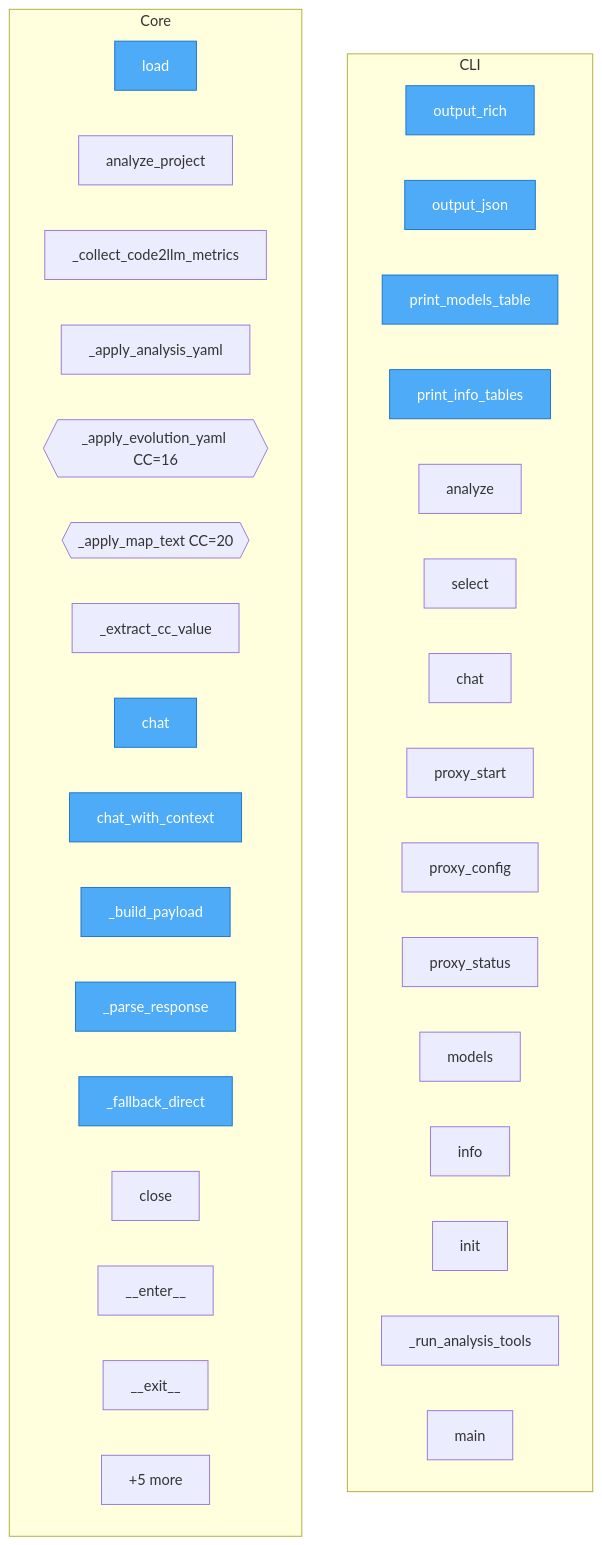
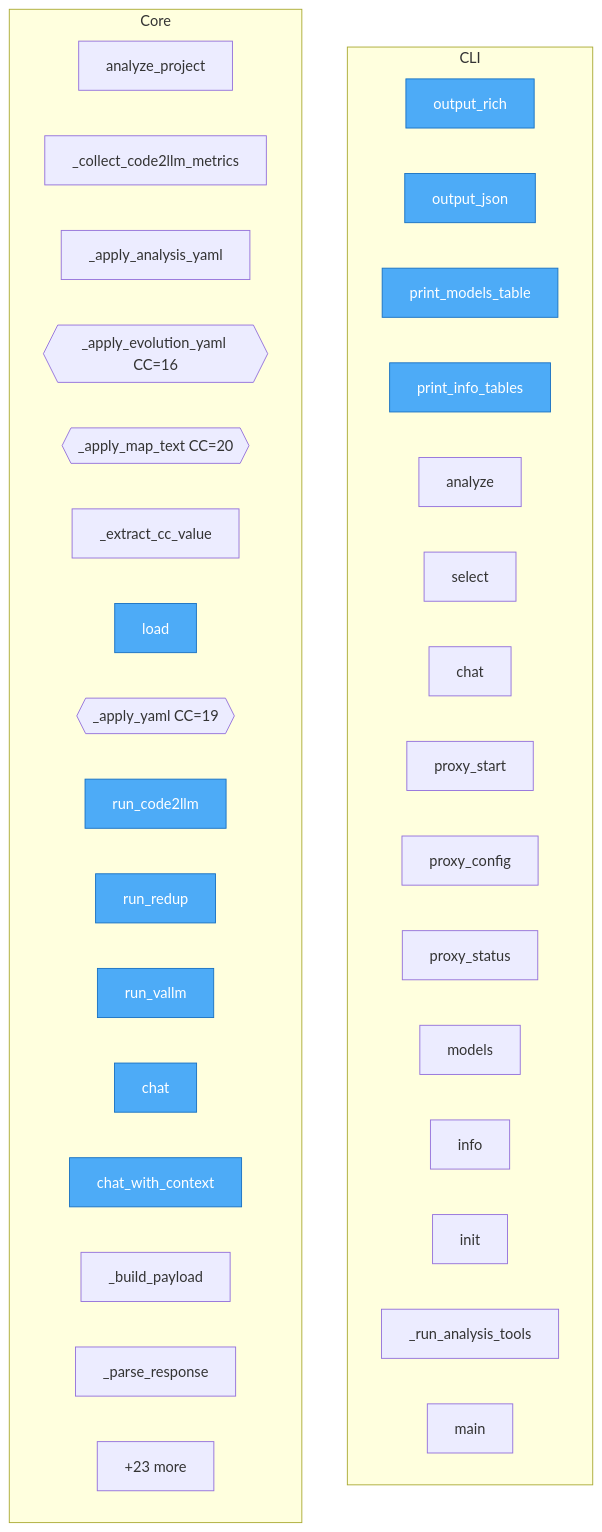
The diagram in project/flow.mmd (semcod/llx), drawn with Mermaid before and after one commit. The commit also changed 25 other files, not shown here.

First line of the commit message:
refactor(docs): code analysis engine

```diff
--- a/project/flow.mmd
+++ b/project/flow.mmd
@@ -1,43 +1,43 @@
 flowchart TD
 
     %% Entry points (blue)
     classDef entry fill:#4dabf7,stroke:#1971c2,color:#fff
 
     subgraph CLI
         llx__cli__formatters__output_rich["output_rich"]
         llx__cli__formatters__output_json["output_json"]
         llx__cli__formatters__print_models_table["print_models_table"]
         llx__cli__formatters__print_info_tables["print_info_tables"]
         llx__cli__app__analyze["analyze"]
         llx__cli__app__select["select"]
         llx__cli__app__chat["chat"]
         llx__cli__app__proxy_start["proxy_start"]
         llx__cli__app__proxy_config["proxy_config"]
         llx__cli__app__proxy_status["proxy_status"]
         llx__cli__app__models["models"]
         llx__cli__app__info["info"]
         llx__cli__app__init["init"]
         llx__cli__app___run_analysis_tools["_run_analysis_tools"]
         llx__cli__app__main["main"]
     end
 
     subgraph Core
-        llx__config__LlxConfig__load["load"]
         llx__analysis__collector__analyze_project["analyze_project"]
         llx__analysis__collector___collect_code2llm_metrics["_collect_code2llm_metrics"]
         llx__analysis__collector___apply_analysis_yaml["_apply_analysis_yaml"]
         llx__analysis__collector___apply_evolution_yaml{{_apply_evolution_yaml CC=16}}
         llx__analysis__collector___apply_map_text{{_apply_map_text CC=20}}
         llx__analysis__collector___extract_cc_value["_extract_cc_value"]
+        llx__config__LlxConfig__load["load"]
+        llx__config___apply_yaml{{_apply_yaml CC=19}}
+        llx__analysis__runner__run_code2llm["run_code2llm"]
+        llx__analysis__runner__run_redup["run_redup"]
+        llx__analysis__runner__run_vallm["run_vallm"]
         llx__routing__client__LlxClient__chat["chat"]
         llx__routing__client__LlxClient__chat_with_context["chat_with_context"]
         llx__routing__client__LlxClient___build_payload["_build_payload"]
         llx__routing__client__LlxClient___parse_response["_parse_response"]
-        llx__routing__client__LlxClient___fallback_direct["_fallback_direct"]
-        llx__routing__client__LlxClient__close["close"]
-        llx__routing__client__LlxClient____enter__["__enter__"]
-        llx__routing__client__LlxClient____exit__["__exit__"]
-        ...["+5 more"]
+        ...["+23 more"]
     end
 
-    class llx__config__LlxConfig__load,llx__cli__formatters__output_rich,llx__cli__formatters__output_json,llx__cli__formatters__print_models_table,llx__cli__formatters__print_info_tables,llx__routing__client__LlxClient__chat,llx__routing__client__LlxClient__chat_with_context,llx__routing__client__LlxClient___build_payload,llx__routing__client__LlxClient___parse_response,llx__routing__client__LlxClient___fallback_direct entry
+    class llx__config__LlxConfig__load,llx__cli__formatters__output_rich,llx__cli__formatters__output_json,llx__cli__formatters__print_models_table,llx__cli__formatters__print_info_tables,llx__analysis__runner__run_code2llm,llx__analysis__runner__run_redup,llx__analysis__runner__run_vallm,llx__routing__client__LlxClient__chat,llx__routing__client__LlxClient__chat_with_context entry
```
